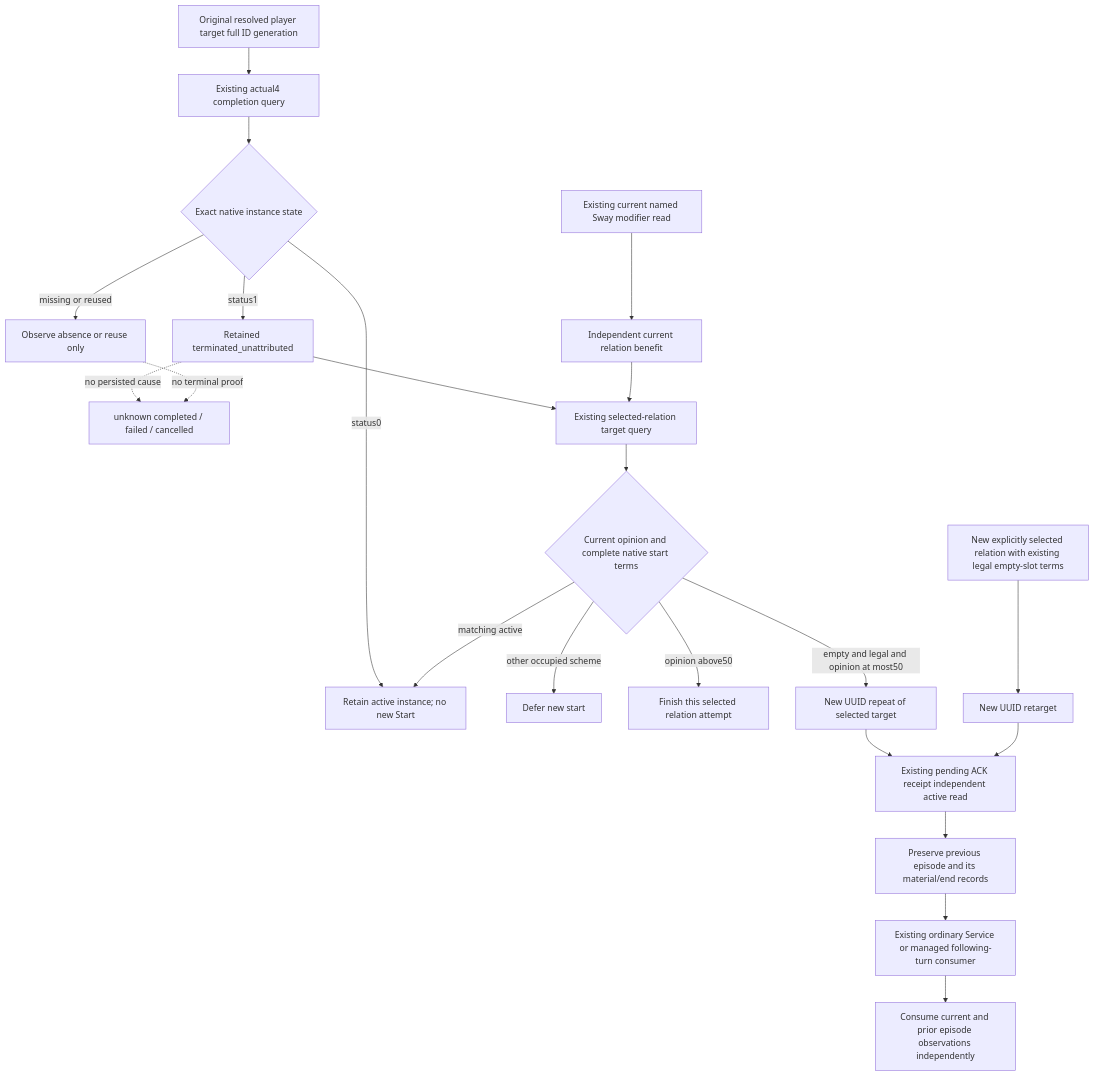
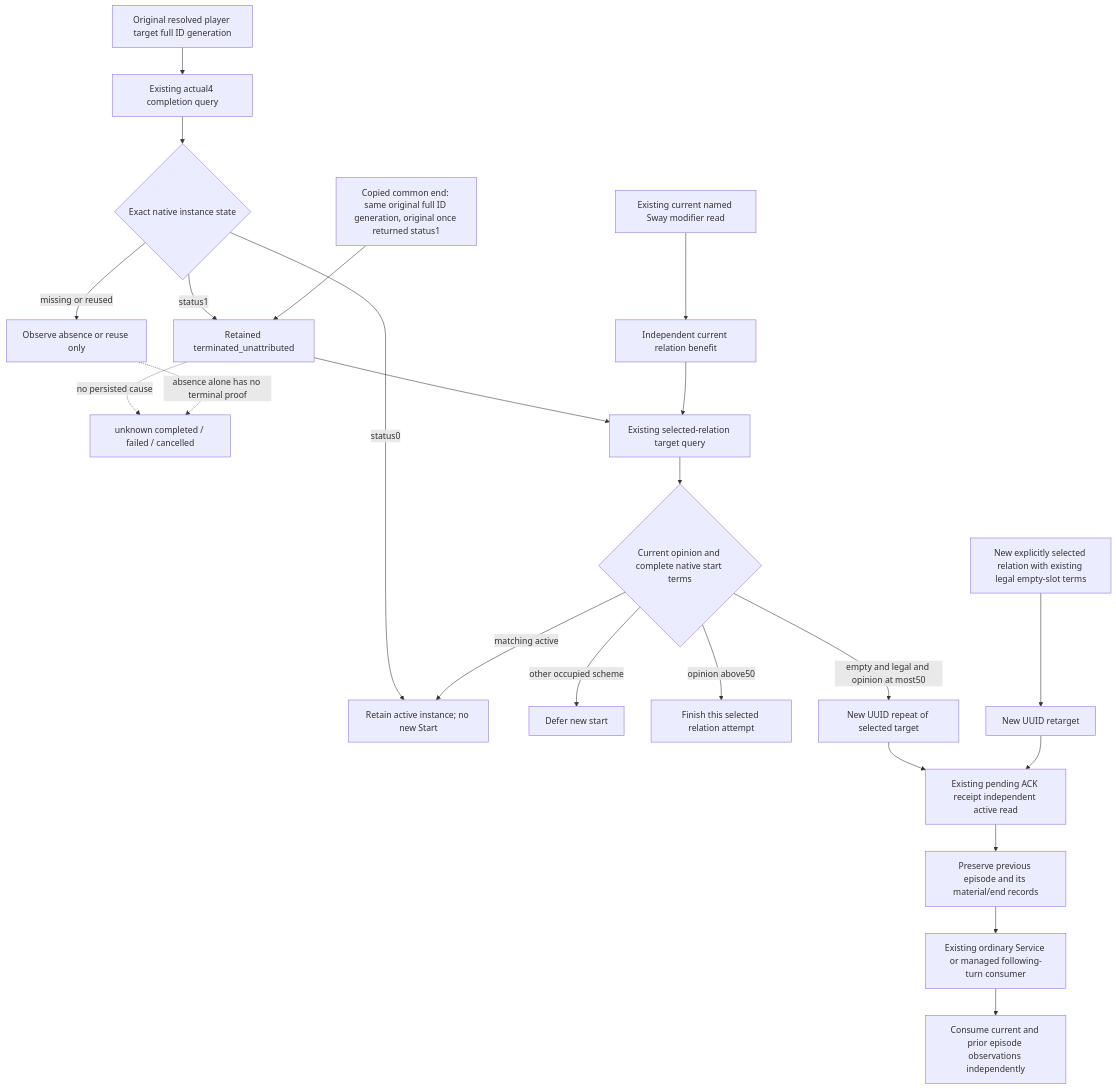
One commit to XenoAmess/ck3_eternal_recurrence changed the diagram in docs/ck3-native-ai/sway-beneficial-terminal-followup-12004.md. Above: the diagram before and after it, drawn with Mermaid. The commit also changed other lines of this file and 8 other files, not shown here.

````diff
--- a/docs/ck3-native-ai/sway-beneficial-terminal-followup-12004.md
+++ b/docs/ck3-native-ai/sway-beneficial-terminal-followup-12004.md
@@ -27,24 +27,25 @@
 ```mermaid
 flowchart TD
   O[Original resolved player target full ID generation] --> C
   C[Existing actual4 completion query] --> J{Exact native instance state}
   J -->|status0| A[Retain active instance; no new Start]
   J -->|status1| T[Retained terminated_unattributed]
   J -->|missing or reused| U[Observe absence or reuse only]
   T -. no persisted cause .-> X[unknown completed / failed / cancelled]
-  U -. no terminal proof .-> X
+  U -. absence alone has no terminal proof .-> X
+  K[Copied common end: same original full ID generation, original once returned status1] --> T
   M[Existing current named Sway modifier read] --> B[Independent current relation benefit]
   T --> P
   B --> P[Existing selected-relation target query]
   P --> Q{Current opinion and complete native start terms}
   Q -->|matching active| A
   Q -->|other occupied scheme| D[Defer new start]
   Q -->|opinion above50| F[Finish this selected relation attempt]
   Q -->|empty and legal and opinion at most50| N[New UUID repeat of selected target]
   R[New explicitly selected relation with existing legal empty-slot terms] --> E[New UUID retarget]
   N --> I[Existing pending ACK receipt independent active read]
   E --> I
   I --> H[Preserve previous episode and its material/end records]
   H --> V[Existing ordinary Service or managed following-turn consumer]
   V --> W[Consume current and prior episode observations independently]
 ```
````
